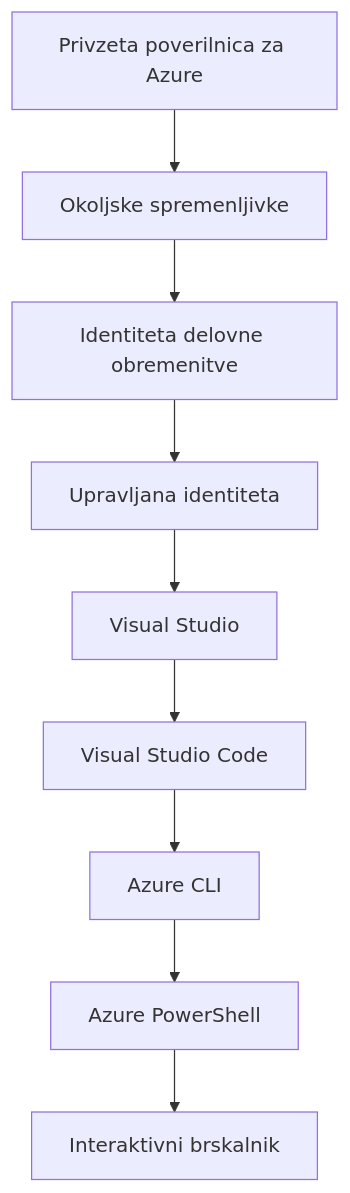
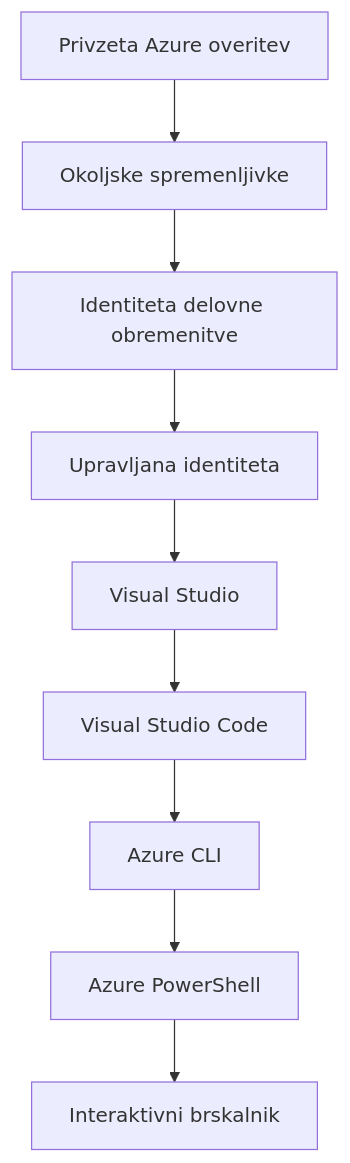
The second of 2 diagrams in translations/sl/docs/chapter-01-foundation/azd-basics.md (microsoft/AZD-for-beginners), drawn with Mermaid before and after one commit. The commit also changed other lines of this file and 104 other files, not shown here.

````diff
--- a/translations/sl/docs/chapter-01-foundation/azd-basics.md
+++ b/translations/sl/docs/chapter-01-foundation/azd-basics.md
@@ -593,11 +608,11 @@
 ```mermaid
 graph TD
-    A[Privzeta poverilnica za Azure] --> B[Okoljske spremenljivke]
+    A[Privzeta Azure overitev] --> B[Okoljske spremenljivke]
     B --> C[Identiteta delovne obremenitve]
     C --> D[Upravljana identiteta]
     D --> E[Visual Studio]
     E --> F[Visual Studio Code]
     F --> G[Azure CLI]
     G --> H[Azure PowerShell]
     H --> I[Interaktivni brskalnik]
 ```
````
